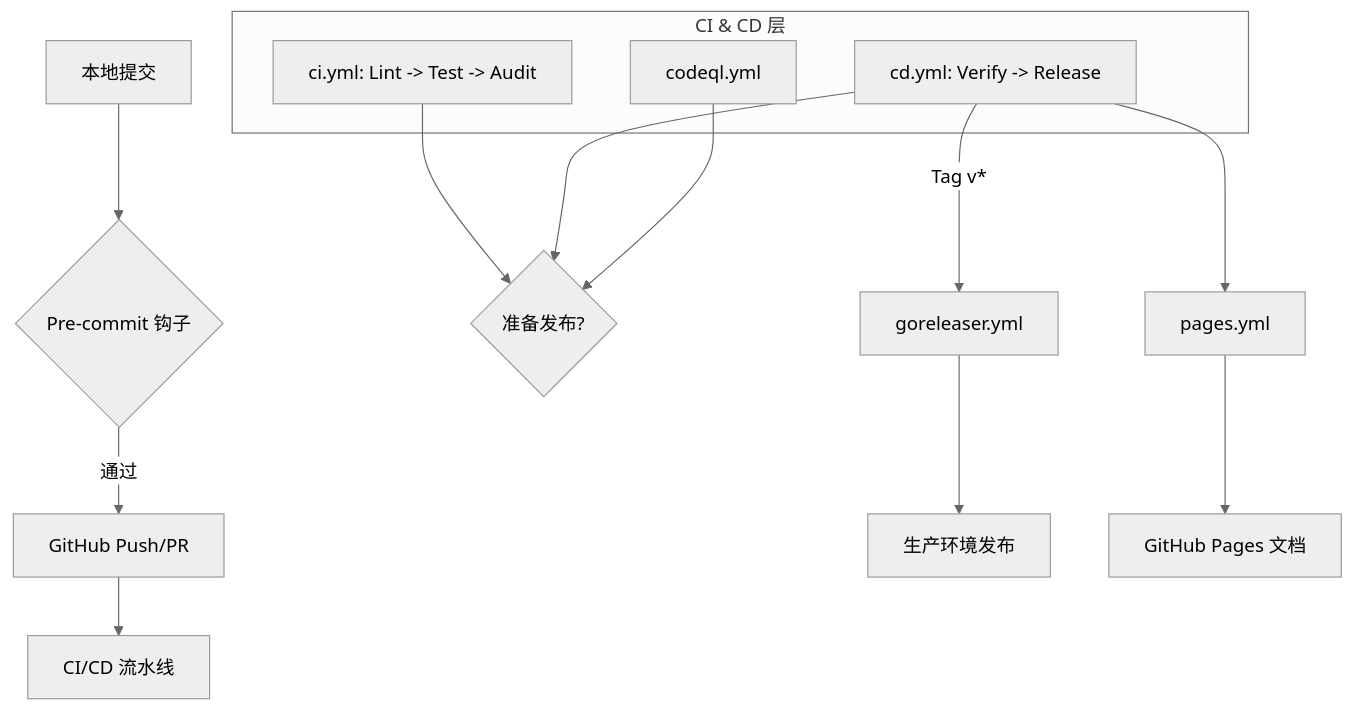
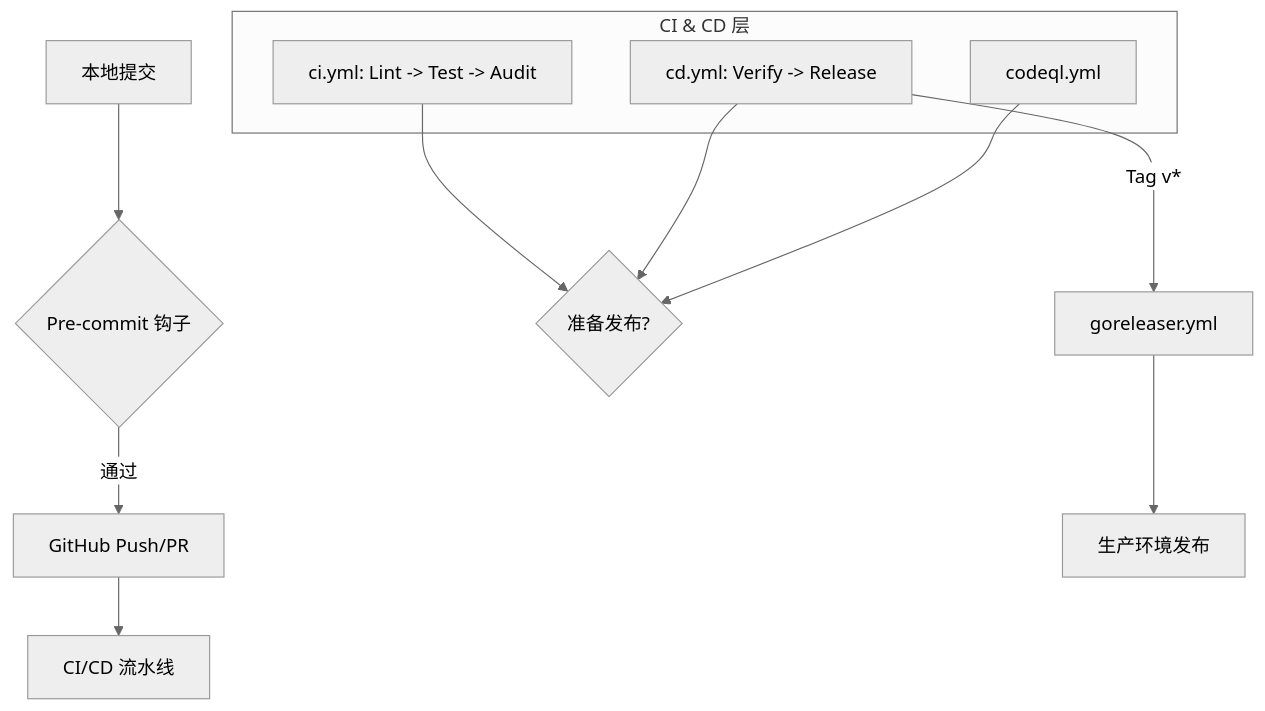
Before and after one commit to snowdreamtech/UniBootDesktop: the diagram in .github/workflows/README_zh-CN.md, drawn with Mermaid (neutral theme). The commit also changed other lines of this file and 5 other files, not shown here.

````diff
--- a/.github/workflows/README_zh-CN.md
+++ b/.github/workflows/README_zh-CN.md
@@ -22,16 +22,14 @@
 ```mermaid
 graph TD
     A[本地提交] --> B{Pre-commit 钩子}
     B -- 通过 --> C[GitHub Push/PR]
     C --> D[CI/CD 流水线]
     subgraph "CI & CD 层"
         D1[ci.yml: Lint -> Test -> Audit]
         D2[cd.yml: Verify -> Release]
         D3[codeql.yml]
     end
     D1 & D2 & D3 --> E{准备发布?}
     D2 -- Tag v* --> F[goreleaser.yml]
     F --> G[生产环境发布]
-    D2 --> H[pages.yml]
-    H --> I[GitHub Pages 文档]
 ```
````
